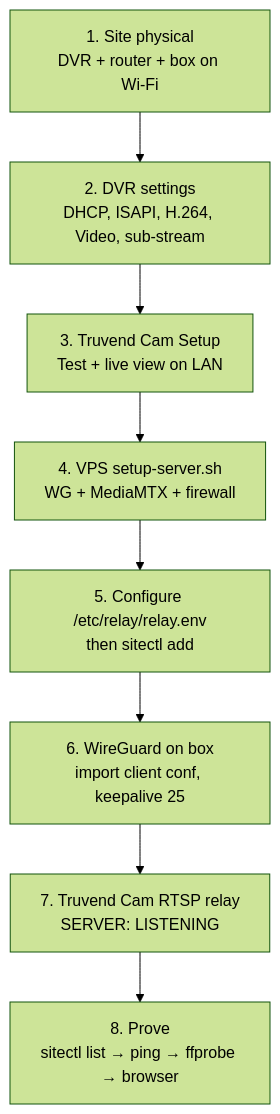
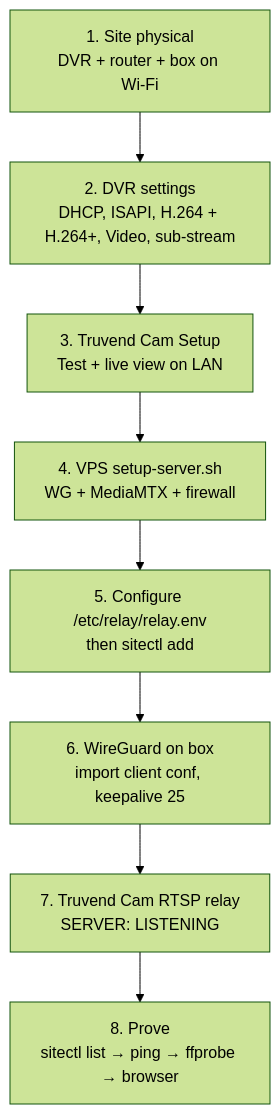
One commit to olaar09/truvend_cam_site changed the fourth of 4 diagrams in docs/SYSTEM-ARCHITECTURE.md. Above: the diagram before and after it, drawn with Mermaid (forest theme). The commit also changed other lines of this file and 21 other files, not shown here.

````diff
--- a/docs/SYSTEM-ARCHITECTURE.md
+++ b/docs/SYSTEM-ARCHITECTURE.md
@@ -321,10 +330,10 @@
 ```mermaid
 flowchart TD
-  A["1. Site physical<br/>DVR + router + box on Wi‑Fi"] --> B["2. DVR settings<br/>DHCP, ISAPI, H.264, Video, sub-stream"]
+  A["1. Site physical<br/>DVR + router + box on Wi‑Fi"] --> B["2. DVR settings<br/>DHCP, ISAPI, H.264 + H.264+, Video, sub-stream"]
   B --> C["3. Truvend Cam Setup<br/>Test + live view on LAN"]
   C --> D["4. VPS setup-server.sh<br/>WG + MediaMTX + firewall"]
   D --> E["5. Configure /etc/relay/relay.env<br/>then sitectl add"]
   E --> F["6. WireGuard on box<br/>import client conf, keepalive 25"]
   F --> G["7. Truvend Cam RTSP relay<br/>SERVER: LISTENING"]
   G --> H["8. Prove<br/>sitectl list → ping → ffprobe → browser"]
 ```
````
